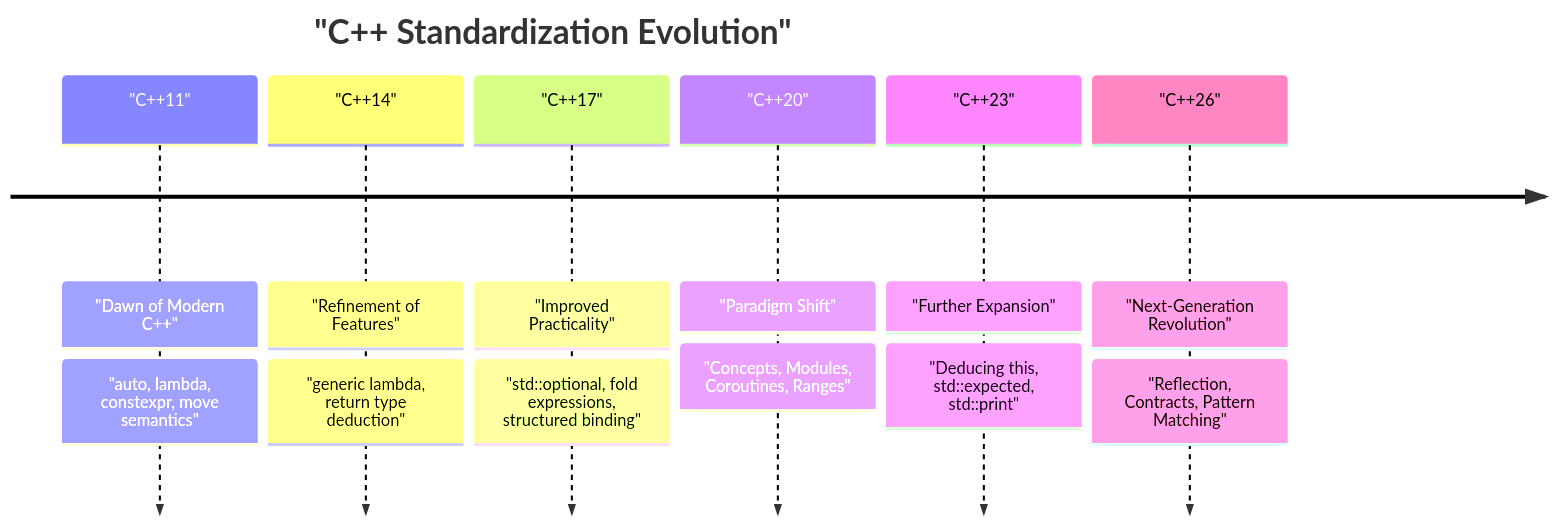
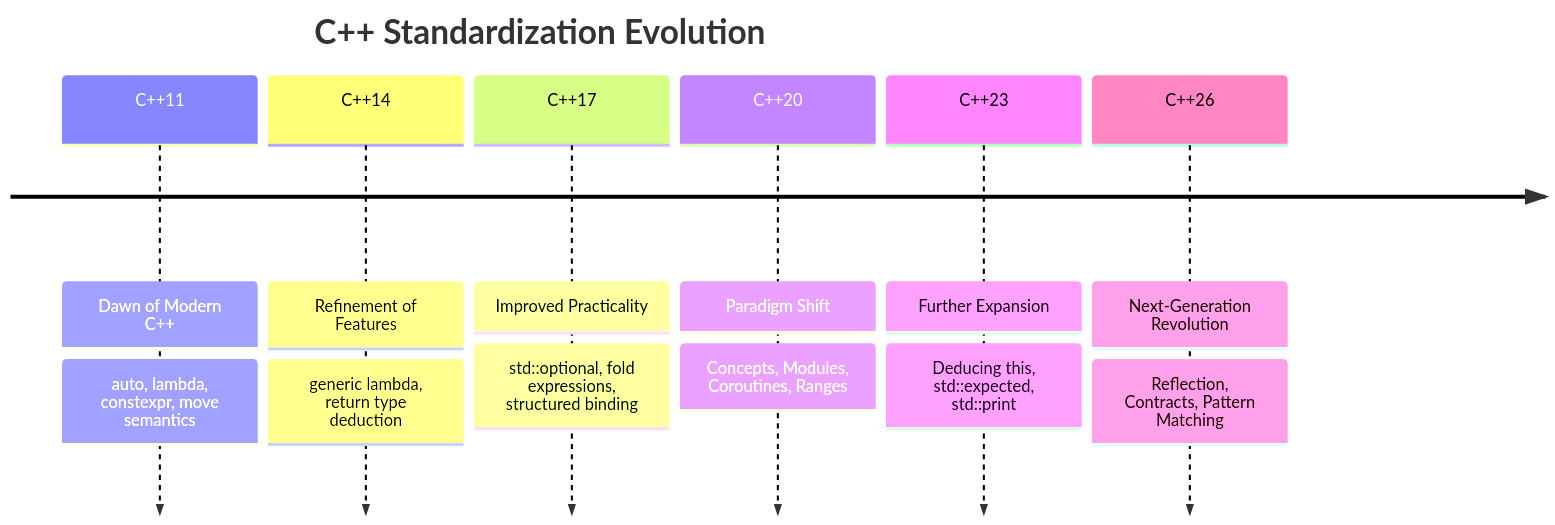
The first of 4 diagrams in content/post/cpp26新機能/index.en.md (kenjinote/blog), drawn with Mermaid before and after one commit. The commit also changed other lines of this file and 703 other files, not shown here.

Commit message:
Fix: Remove quotes from Mermaid link texts and timeline definitions to support Mermaid 11.4.1

````diff
--- a/content/post/cpp26新機能/index.en.md
+++ b/content/post/cpp26新機能/index.en.md
@@ -20,10 +20,10 @@
 ```mermaid
 timeline
-    title "C++ Standardization Evolution"
-    "C++11" : "Dawn of Modern C++" : "auto, lambda, constexpr, move semantics"
-    "C++14" : "Refinement of Features" : "generic lambda, return type deduction"
-    "C++17" : "Improved Practicality" : "std::optional, fold expressions, structured binding"
-    "C++20" : "Paradigm Shift" : "Concepts, Modules, Coroutines, Ranges"
-    "C++23" : "Further Expansion" : "Deducing this, std::expected, std::print"
-    "C++26" : "Next-Generation Revolution" : "Reflection, Contracts, Pattern Matching"
+    title C++ Standardization Evolution
+    C++11 : Dawn of Modern C++ : auto, lambda, constexpr, move semantics
+    C++14 : Refinement of Features : generic lambda, return type deduction
+    C++17 : Improved Practicality : std::optional, fold expressions, structured binding
+    C++20 : Paradigm Shift : Concepts, Modules, Coroutines, Ranges
+    C++23 : Further Expansion : Deducing this, std::expected, std::print
+    C++26 : Next-Generation Revolution : Reflection, Contracts, Pattern Matching
 ```
````
